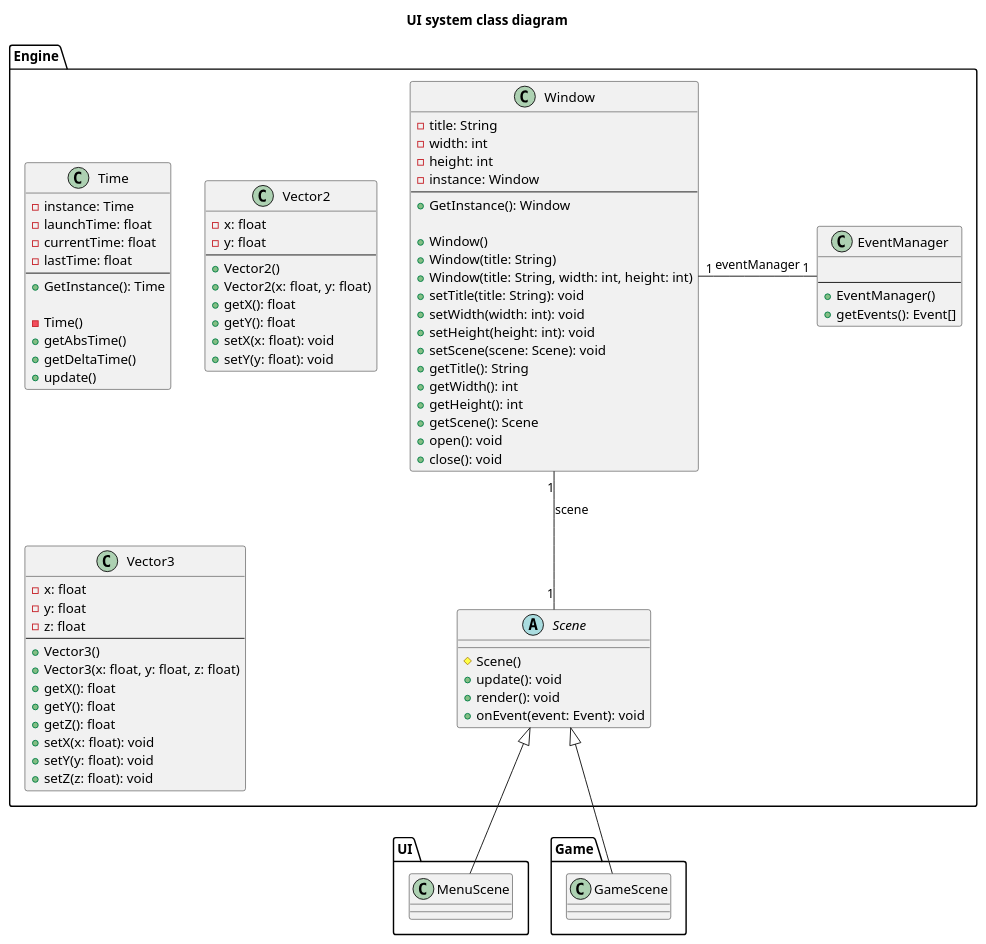
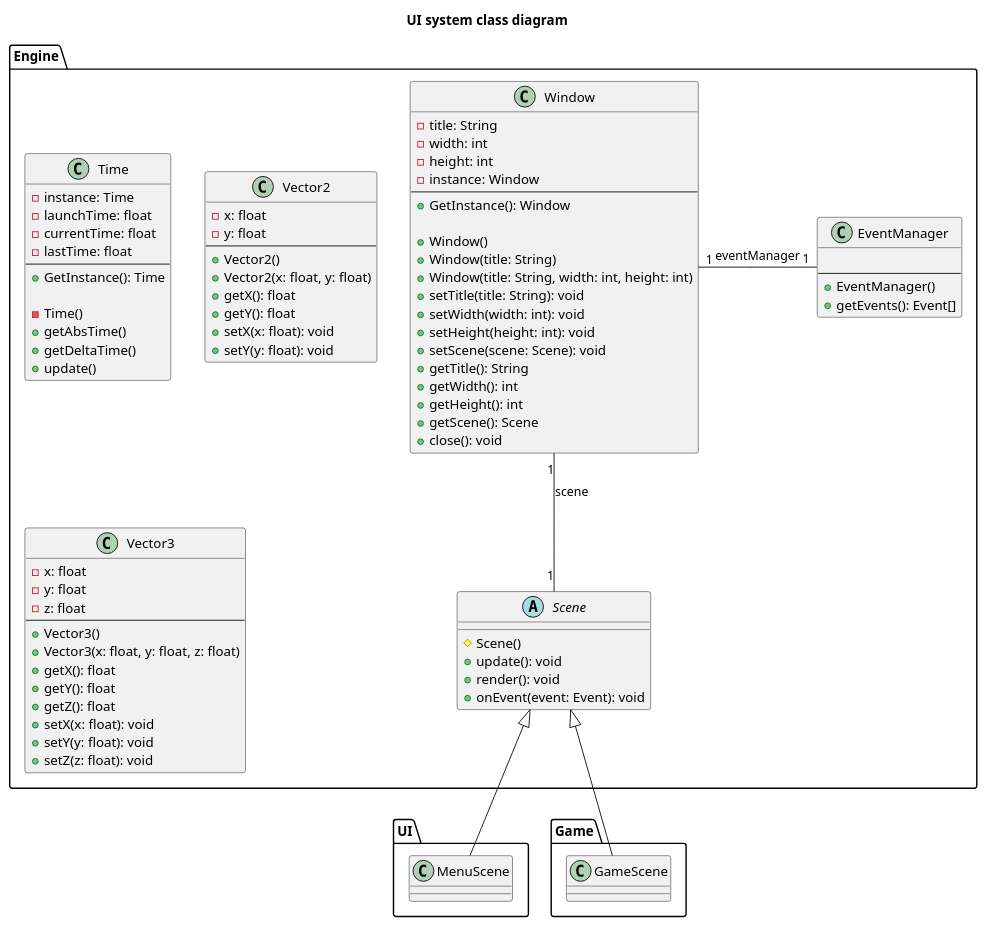
One commit to toxicbloud/ACL-2023-MazeOfMadness changed the diagram in sprints/sprint1/diagrammes/Engine.puml. Above: the diagram before and after it, drawn with PlantUML. The commit also changed 1 other file, not shown here.

Commit message:
Updated diagrams

```diff
--- a/sprints/sprint1/diagrammes/Engine.puml
+++ b/sprints/sprint1/diagrammes/Engine.puml
@@ -1,97 +1,96 @@
 @startuml
 title UI system class diagram
 
 package UI {
     class MenuScene
 }
 
 package Engine {
     class Window {
         - title: String
         - width: int
         - height: int
         - instance: Window
         ---
         + GetInstance(): Window
 
         + Window()
         + Window(title: String)
         + Window(title: String, width: int, height: int)
         + setTitle(title: String): void
         + setWidth(width: int): void
         + setHeight(height: int): void
         + setScene(scene: Scene): void
         + getTitle(): String
         + getWidth(): int
         + getHeight(): int
         + getScene(): Scene
-        + open(): void
         + close(): void
     }
 
     abstract Scene {
         # Scene()
         + update(): void
         + render(): void
         + onEvent(event: Event): void
     }
 
     class EventManager {
         
         ---
         + EventManager()
         + getEvents(): Event[]
     }
 
     class Time {
         - instance: Time
         - launchTime: float
         - currentTime: float
         - lastTime: float
         ---
         + GetInstance(): Time
 
         - Time()
         + getAbsTime()
         + getDeltaTime()
         + update()
     }
 
     class Vector2 {
         - x: float
         - y: float
         ---
         + Vector2()
         + Vector2(x: float, y: float)
         + getX(): float
         + getY(): float
         + setX(x: float): void
         + setY(y: float): void
     }
 
     class Vector3 {
         - x: float
         - y: float
         - z: float
         ---
         + Vector3()
         + Vector3(x: float, y: float, z: float)
         + getX(): float
         + getY(): float
         + getZ(): float
         + setX(x: float): void
         + setY(y: float): void
         + setZ(z: float): void
     }
 }
 
 package Game {
     class GameScene
 }
 
 Window "1" -down- "1" Scene: scene
 Window "1" -right- "1" EventManager: eventManager
 MenuScene -up-|> Scene
 GameScene -up-|> Scene
 
 @enduml
```
